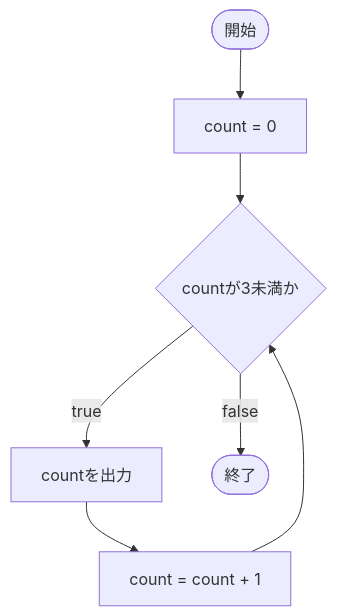
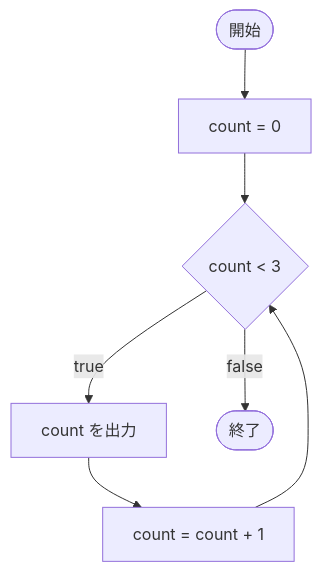
Before and after one commit to LeonAkasaka/unity-csharp-learning: the first of 4 diagrams in docs/csharp/loops/index.md, drawn with Mermaid. The commit also changed other lines of this file and 18 other files, not shown here.

````diff
--- a/docs/csharp/loops/index.md
+++ b/docs/csharp/loops/index.md
@@ -68,9 +70,9 @@
 ```mermaid
 flowchart TD
     A([開始]) --> B["count = 0"]
-    B --> C{"countが3未満か"}
-    C -- true --> D["countを出力"]
+    B --> C{"count < 3"}
+    C -- true --> D["count を出力"]
     D --> E["count = count + 1"]
     E --> C
     C -- false --> F([終了])
 ```
````
